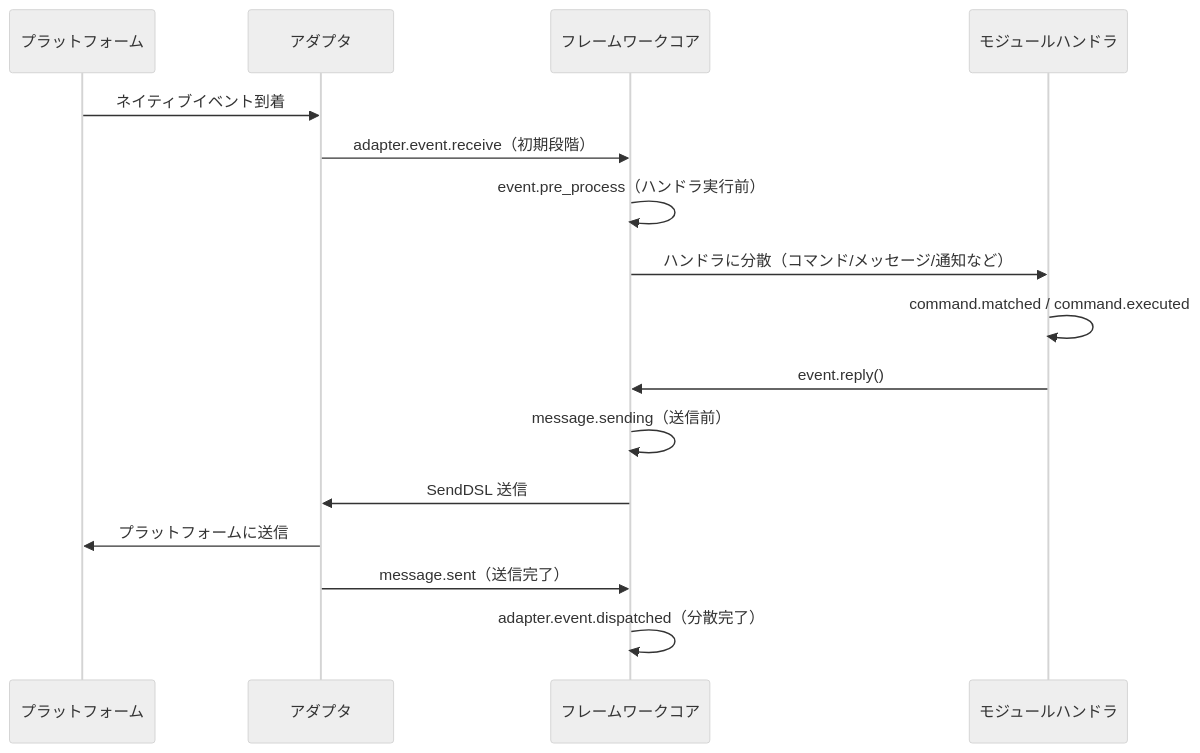
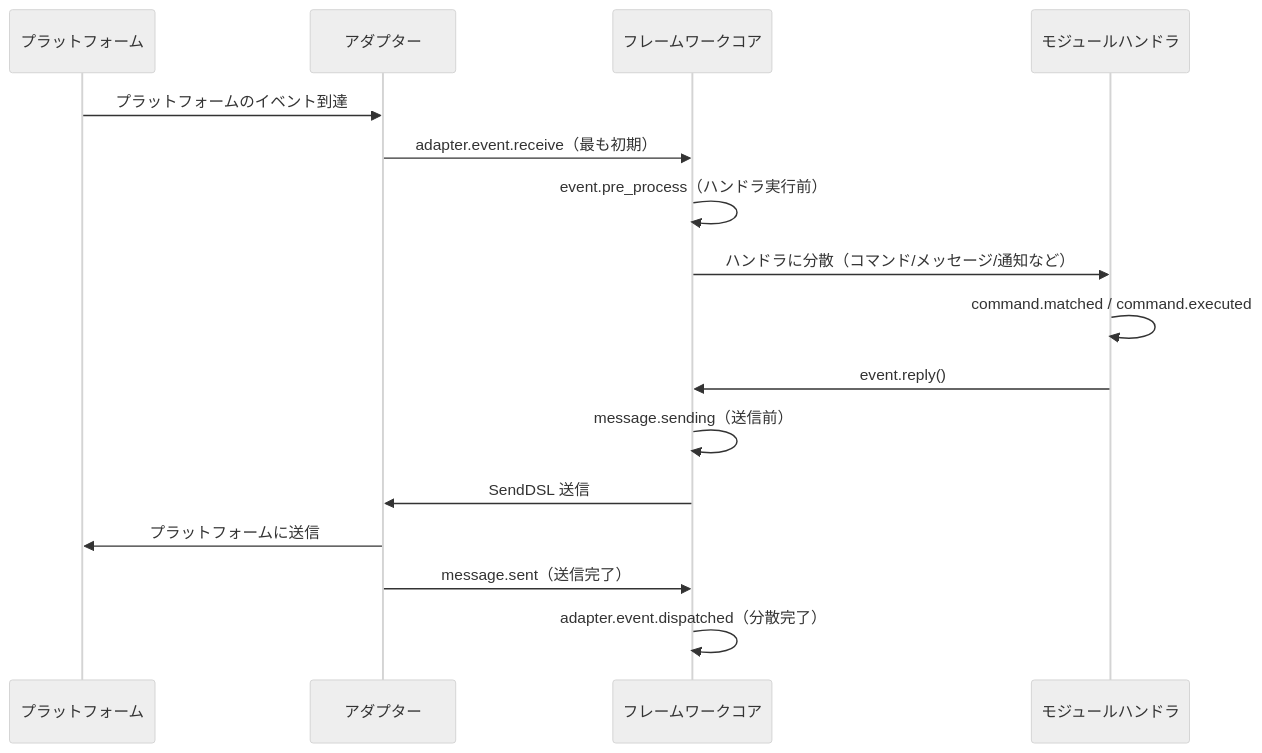
The diagram in docs/ja/advanced/lifecycle.md (ErisPulse/ErisPulse), drawn with Mermaid (neutral theme) before and after one commit. The commit also changed other lines of this file and 35 other files, not shown here.

````diff
--- a/docs/ja/advanced/lifecycle.md
+++ b/docs/ja/advanced/lifecycle.md
@@ -118,19 +120,19 @@
 ```mermaid
 sequenceDiagram
     participant P as プラットフォーム
-    participant A as アダプタ
+    participant A as アダプター
     participant F as フレームワークコア
     participant M as モジュールハンドラ
 
-    P->>A: ネイティブイベント到着
-    A->>F: adapter.event.receive（初期段階）
+    P->>A: プラットフォームのイベント到達
+    A->>F: adapter.event.receive（最も初期）
     F->>F: event.pre_process（ハンドラ実行前）
     F->>M: ハンドラに分散（コマンド/メッセージ/通知など）
     M->>M: command.matched / command.executed
     M->>F: event.reply()
     F->>F: message.sending（送信前）
     F->>A: SendDSL 送信
     A->>P: プラットフォームに送信
     A->>F: message.sent（送信完了）
     F->>F: adapter.event.dispatched（分散完了）
 ```
````
